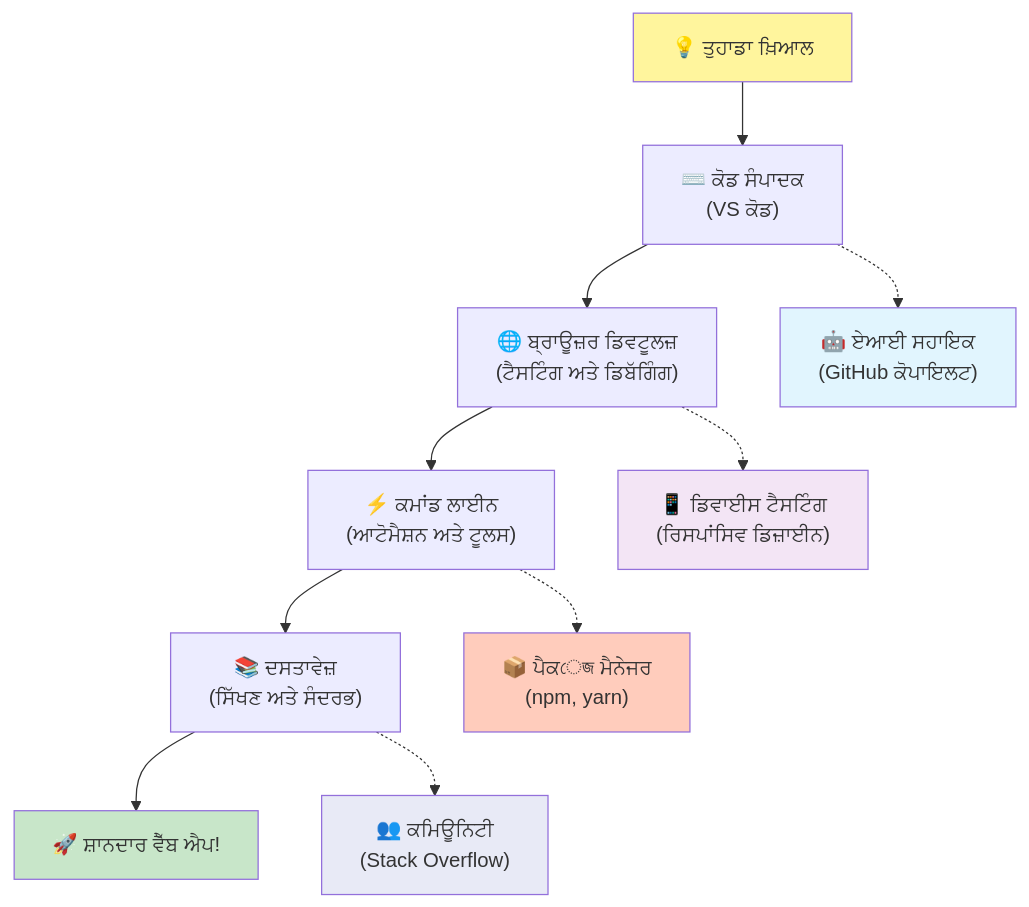
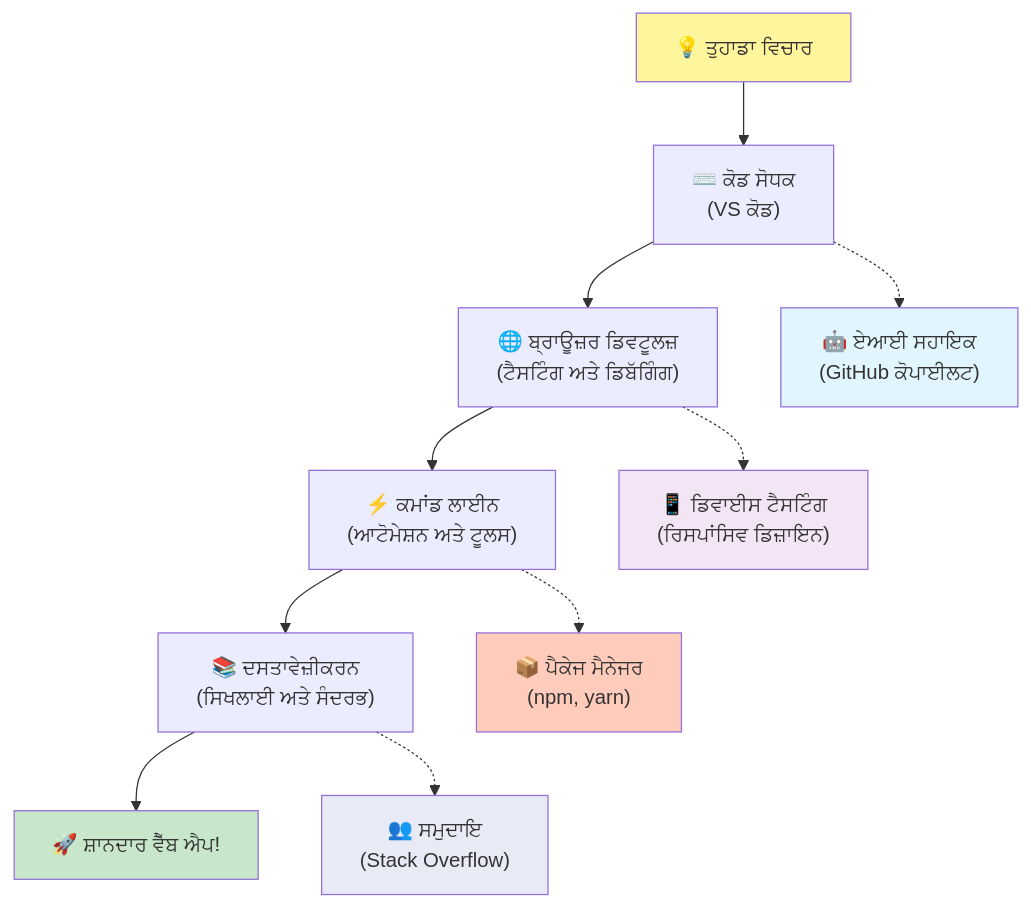
Before and after one commit to microsoft/Web-Dev-For-Beginners: the fifth of 7 diagrams in translations/pa/1-getting-started-lessons/1-intro-to-programming-languages/README.md, drawn with Mermaid. The commit also changed other lines of this file and 8 other files, not shown here.

````diff
--- a/translations/pa/1-getting-started-lessons/1-intro-to-programming-languages/README.md
+++ b/translations/pa/1-getting-started-lessons/1-intro-to-programming-languages/README.md
@@ -487,20 +488,20 @@
 ```mermaid
 graph TD
-    A["💡 ਤੁਹਾਡਾ ਖ਼ਿਆਲ"] --> B["⌨️ ਕੋਡ ਸੰਪਾਦਕ<br/>(VS ਕੋਡ)"] 
+    A["💡 ਤੁਹਾਡਾ ਵਿਚਾਰ"] --> B["⌨️ ਕੋਡ ਸੋਧਕ<br/>(VS ਕੋਡ)"] 
     B --> C["🌐 ਬ੍ਰਾਊਜ਼ਰ ਡਿਵਟੂਲਜ਼<br/>(ਟੈਸਟਿੰਗ ਅਤੇ ਡਿਬੱਗਿੰਗ)"]
-    C --> D["⚡ ਕਮਾਂਡ ਲਾਈਨ<br/>(ਆਟੋਮੈਸ਼ਨ ਅਤੇ ਟੂਲਸ)"]
-    D --> E["📚 ਦਸਤਾਵੇਜ਼<br/>(ਸਿੱਖਣ ਅਤੇ ਸੰਦਰਭ)"]
+    C --> D["⚡ ਕਮਾਂਡ ਲਾਈਨ<br/>(ਆਟੋਮੇਸ਼ਨ ਅਤੇ ਟੂਲਸ)"]
+    D --> E["📚 ਦਸਤਾਵੇਜ਼ੀਕਰਨ<br/>(ਸਿਖਲਾਈ ਅਤੇ ਸੰਦਰਭ)"]
     E --> F["🚀 ਸ਼ਾਨਦਾਰ ਵੈੱਬ ਐਪ!"]
     
-    B -.-> G["🤖 ਏਆਈ ਸਹਾਇਕ<br/>(GitHub ਕੋਪਾਇਲਟ)"]
-    C -.-> H["📱 ਡਿਵਾਈਸ ਟੈਸਟਿੰਗ<br/>(ਰਿਸਪਾਂਸਿਵ ਡਿਜ਼ਾਈਨ)"]
-    D -.-> I["📦 ਪੈਕেজ ਮੈਨੇਜਰ<br/>(npm, yarn)"]
-    E -.-> J["👥 ਕਮਿਊਨਿਟੀ<br/>(Stack Overflow)"]
+    B -.-> G["🤖 ਏਆਈ ਸਹਾਇਕ<br/>(GitHub ਕੋਪਾਈਲਟ)"]
+    C -.-> H["📱 ਡਿਵਾਈਸ ਟੈਸਟਿੰਗ<br/>(ਰਿਸਪਾਂਸਿਵ ਡਿਜ਼ਾਇਨ)"]
+    D -.-> I["📦 ਪੈਕੇਜ ਮੈਨੇਜਰ<br/>(npm, yarn)"]
+    E -.-> J["👥 ਸਮੁਦਾਇ<br/>(Stack Overflow)"]
     
     style A fill:#fff59d
     style F fill:#c8e6c9
     style G fill:#e1f5fe
     style H fill:#f3e5f5
     style I fill:#ffccbc
     style J fill:#e8eaf6
 ```  
````
